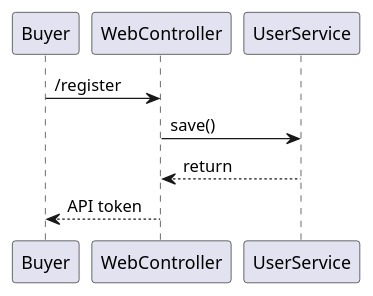
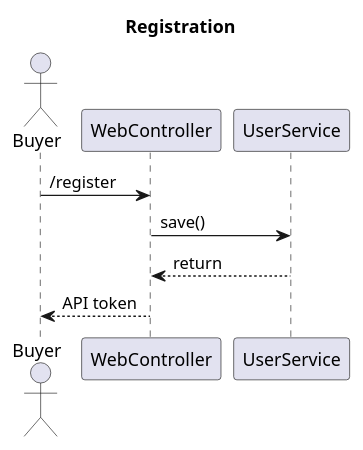
The diagram in src/main/resources/seq.register.puml (bladewheels/GildedRoseAPI), drawn with PlantUML before and after one commit.

```diff
--- a/src/main/resources/seq.register.puml
+++ b/src/main/resources/seq.register.puml
@@ -1,6 +1,9 @@
 @startuml
+title Registration
+actor Buyer
+
 Buyer -> WebController : /register
 WebController -> UserService : save()
 WebController <-- UserService : return
 Buyer <-- WebController : API token
 @enduml
```
